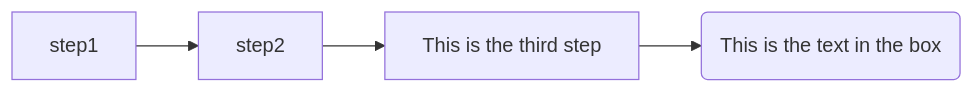
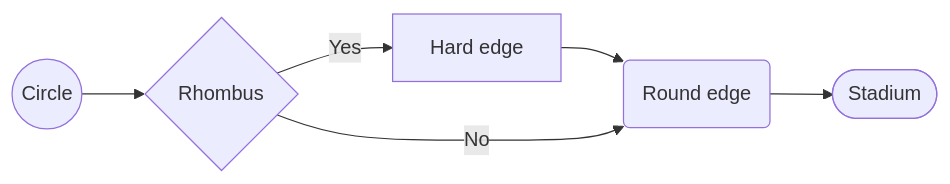
The third of 6 diagrams in markdown/README.md (mattiasholm/code), drawn with Mermaid before and after one commit. The commit also changed other lines of this file, not shown here.

Commit message:
Mermaid README

````diff
--- a/markdown/README.md
+++ b/markdown/README.md
@@ -297,4 +375,5 @@
 ```mermaid
 flowchart LR
-  step1 --> step2 --> step3[This is the third step] --> step4(This is the text in the box)
+  A((Circle)) --> B{Rhombus} -->|Yes| C[Hard edge] --> D(Round edge) --> E([Stadium])
+  B -->|No| D
 ```
````
